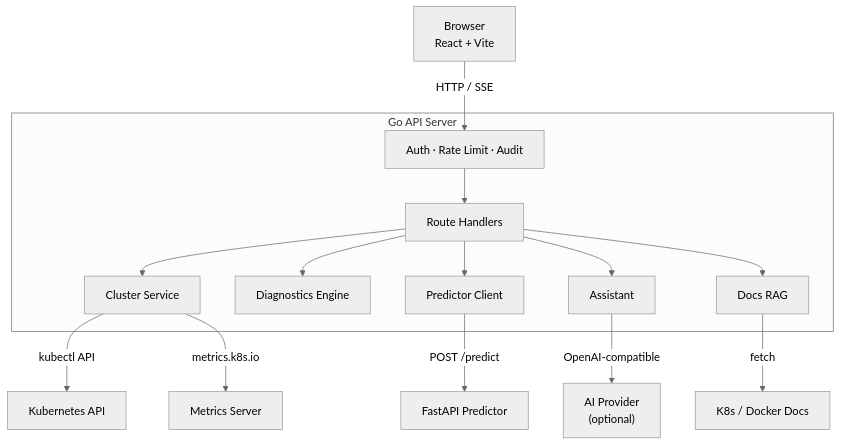
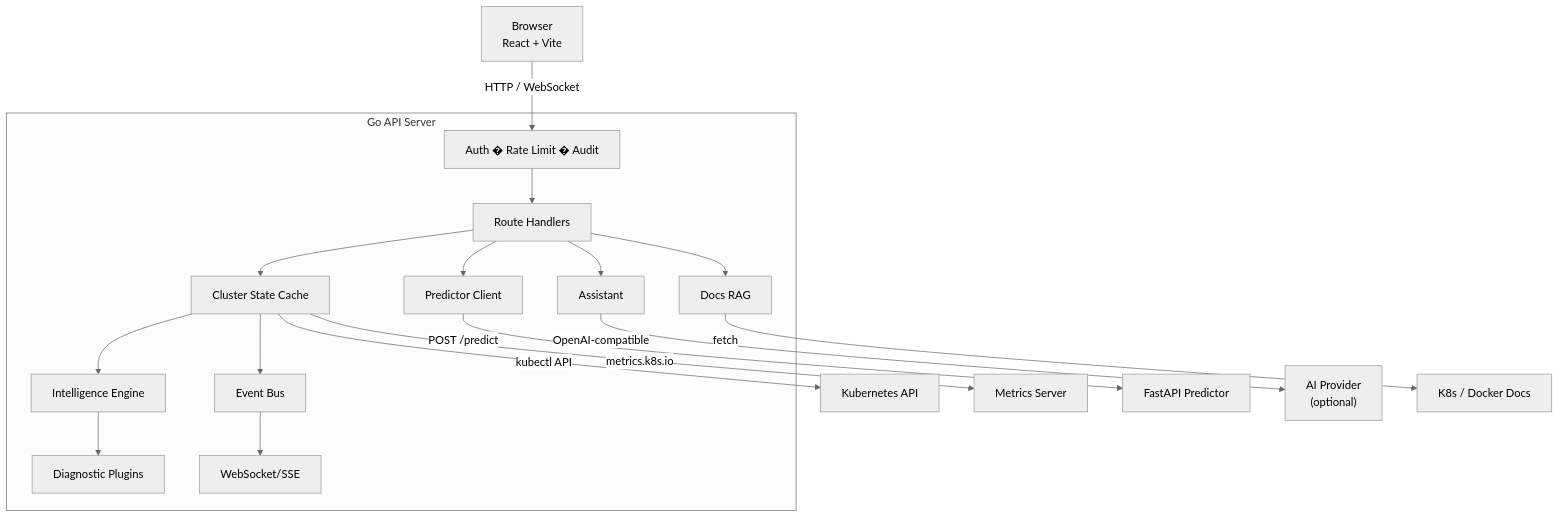
The first of 3 diagrams in docs/ARCHITECTURE.md (AnouarMohamed/KubLens-AI), drawn with Mermaid (neutral theme) before and after one commit. The commit also changed other lines of this file and 108 other files, not shown here.

Commit message:
feat: upgrade platform architecture and observability

````diff
--- a/docs/ARCHITECTURE.md
+++ b/docs/ARCHITECTURE.md
@@ -5,19 +5,22 @@
 ```mermaid
 flowchart TD
-    Browser[" Browser\nReact + Vite"] -->|HTTP / SSE| MW
+    Browser["Browser\nReact + Vite"] -->|HTTP / WebSocket| MW
 
     subgraph API ["Go API Server"]
-        MW["Auth · Rate Limit · Audit"] --> Handlers["Route Handlers"]
-        Handlers --> Cluster["Cluster Service"]
-        Handlers --> Diag["Diagnostics Engine"]
+        MW["Auth � Rate Limit � Audit"] --> Handlers["Route Handlers"]
+        Handlers --> Cache["Cluster State Cache"]
+        Cache --> Intel["Intelligence Engine"]
+        Intel --> Plugins["Diagnostic Plugins"]
         Handlers --> Pred["Predictor Client"]
         Handlers --> Asst["Assistant"]
         Handlers --> RAG["Docs RAG"]
+        Cache --> Bus["Event Bus"]
+        Bus --> Stream["WebSocket/SSE"]
     end
 
-    Cluster -->|kubectl API| K8S["Kubernetes API"]
-    Cluster -->|metrics.k8s.io| Metrics["Metrics Server"]
+    Cache -->|kubectl API| K8S["Kubernetes API"]
+    Cache -->|metrics.k8s.io| Metrics["Metrics Server"]
     Pred -->|POST /predict| FastAPI["FastAPI Predictor"]
     Asst -->|OpenAI-compatible| LLM["AI Provider\n(optional)"]
     RAG -->|fetch| Docs["K8s / Docker Docs"]
 ```
````
